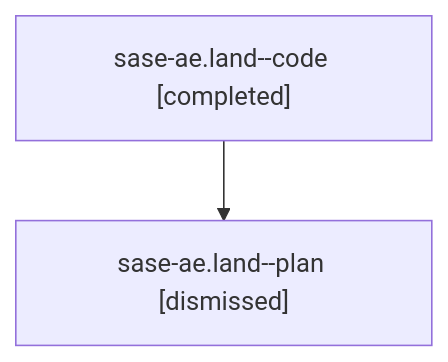
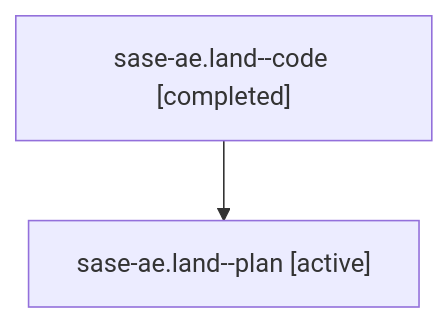
The diagram in families/bbugyi200.athena.sase-ae.land.md (sase-org/sase--agents), drawn with Mermaid before and after one commit. The commit also changed other lines of this file and 5813 other files, not shown here.

````diff
--- a/families/bbugyi200.athena.sase-ae.land.md
+++ b/families/bbugyi200.athena.sase-ae.land.md
@@ -9,6 +9,6 @@
 ```mermaid
 flowchart TD
   n0["sase-ae.land--code [completed]"]
-  n1["sase-ae.land--plan [dismissed]"]
+  n1["sase-ae.land--plan [active]"]
   n0 --> n1
 ```
````
